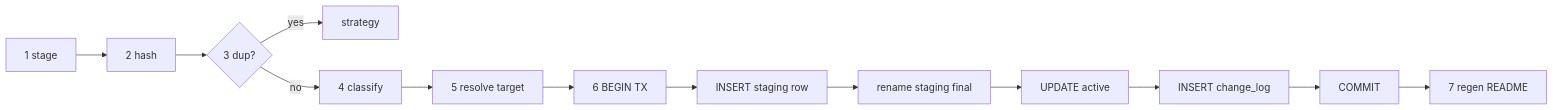
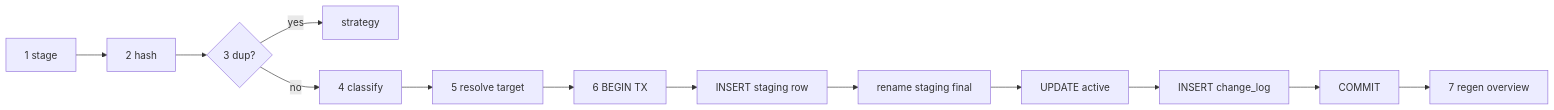
One commit to AreaSong/AreaMatrix changed the diagram in docs/modules/storage.md. Above: the diagram before and after it, drawn with Mermaid. The commit also changed other lines of this file and 38 other files, not shown here.

````diff
--- a/docs/modules/storage.md
+++ b/docs/modules/storage.md
@@ -61,15 +61,15 @@
 ```mermaid
 flowchart LR
     A[1 stage] --> B[2 hash]
     B --> C{3 dup?}
     C -->|yes| D[strategy]
     C -->|no| E[4 classify]
     E --> F[5 resolve target]
     F --> G[6 BEGIN TX]
     G --> H[INSERT staging row]
     H --> I[rename staging final]
     I --> J[UPDATE active]
     J --> K[INSERT change_log]
     K --> L[COMMIT]
-    L --> M[7 regen README]
+    L --> M[7 regen overview]
 ```
````
